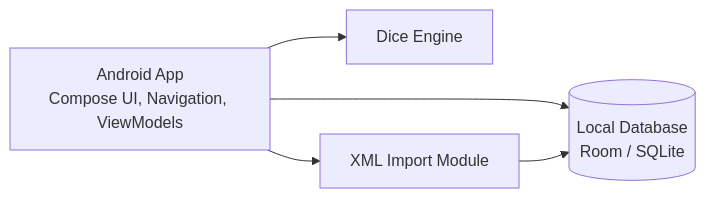
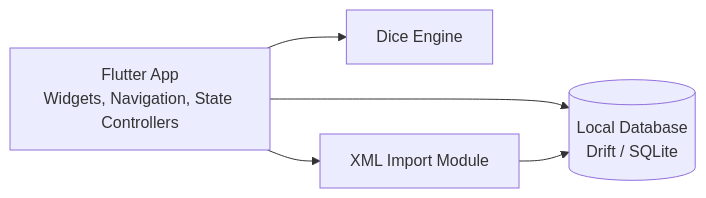
The diagram in Adventure Vault Character/docs/diagrams/containers.md (JuanEstrada/adventure-vault-character), drawn with Mermaid before and after one commit. The commit also changed other lines of this file and 31 other files, not shown here.

````diff
--- a/Adventure Vault Character/docs/diagrams/containers.md
+++ b/Adventure Vault Character/docs/diagrams/containers.md
@@ -9,12 +9,12 @@
 ```mermaid
 flowchart LR
-    App[Android App<br/>Compose UI, Navigation, ViewModels]
+    App[Flutter App<br/>Widgets, Navigation, State Controllers]
     Dice[Dice Engine]
     Import[XML Import Module]
-    Db[(Local Database<br/>Room / SQLite)]
+    Db[(Local Database<br/>Drift / SQLite)]
 
     App --> Dice
     App --> Import
     App --> Db
     Import --> Db
 ```
````
